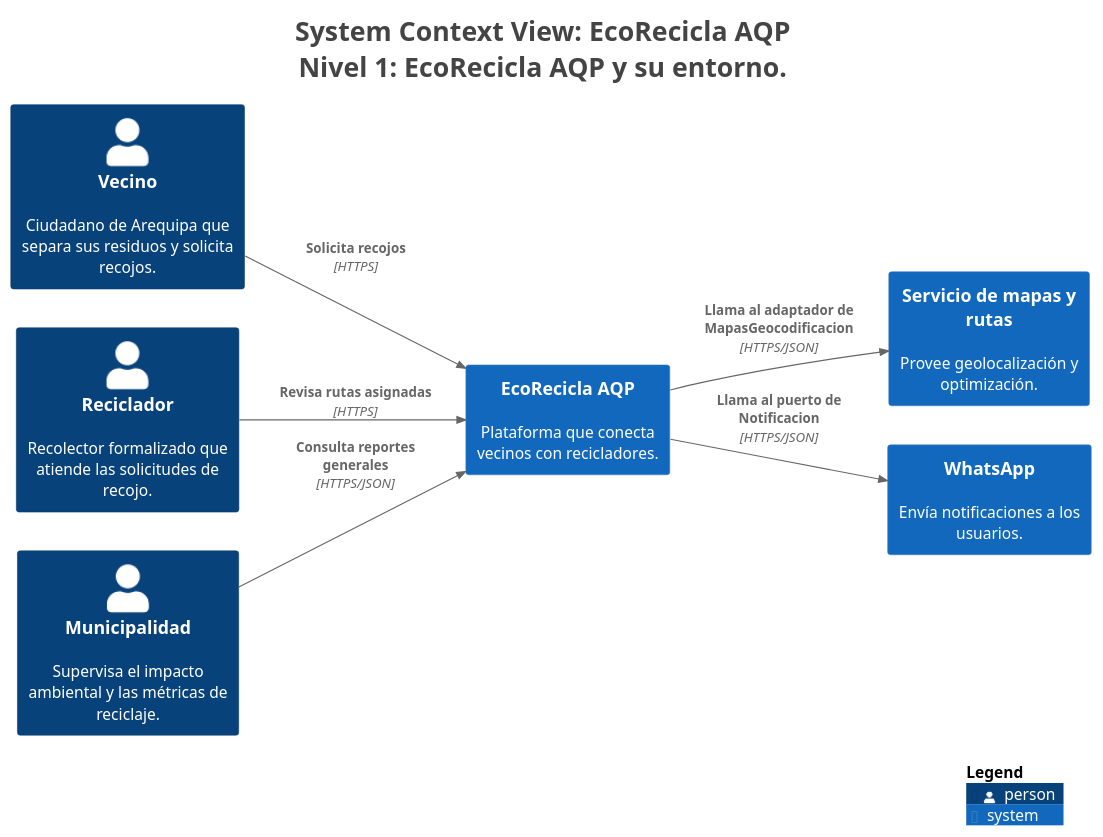
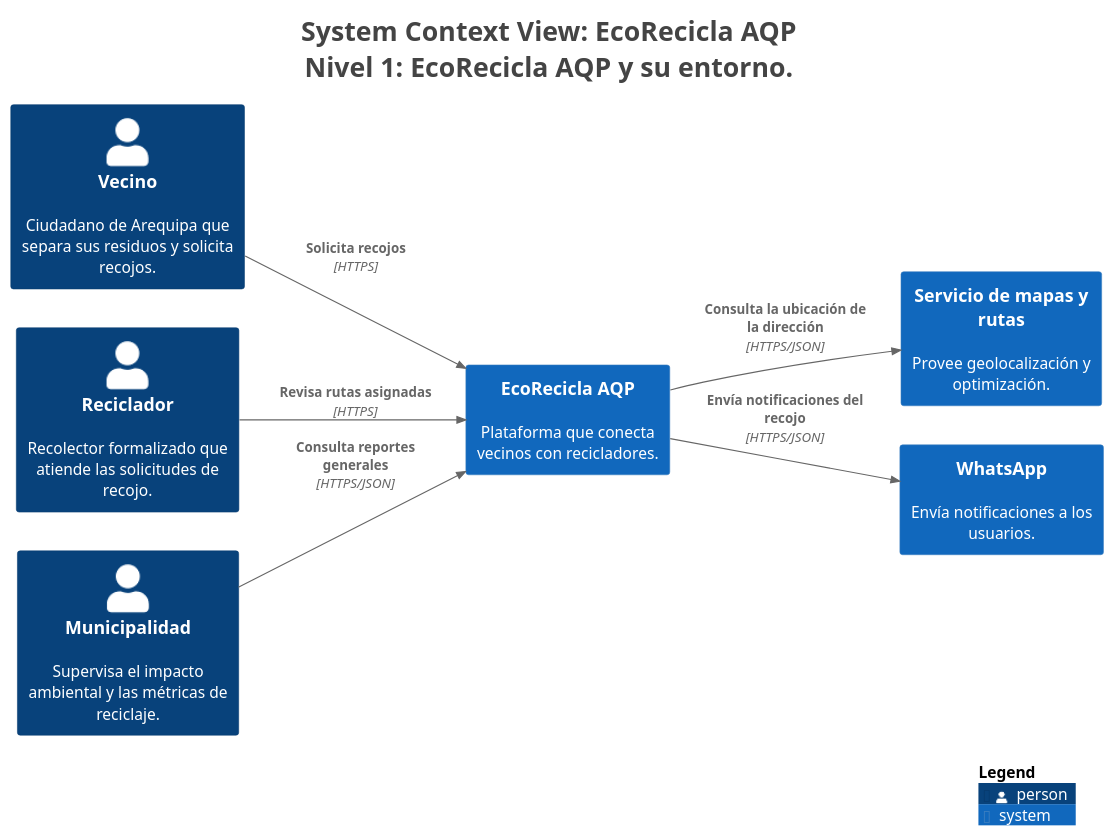
The diagram in docs/architecture/c4/export/structurizr-Contexto.puml (AntonyCondori/cs-2026b-lab04-grupo10), drawn with PlantUML before and after one commit. The commit also changed 9 other files, not shown here.

```diff
--- a/docs/architecture/c4/export/structurizr-Contexto.puml
+++ b/docs/architecture/c4/export/structurizr-Contexto.puml
@@ -1,32 +1,32 @@
 @startuml
 title <size:24>System Context View: EcoRecicla AQP</size>\n<size:24>Nivel 1: EcoRecicla AQP y su entorno.</size>
 
 set separator none
 left to right direction
 
 <style>
   root {
     BackgroundColor: #ffffff
     FontColor: #444444
   }
 </style>
 
 !include <C4/C4>
 !include <C4/C4_Context>
 
 Person(Vecino, "Vecino", $descr="Ciudadano de Arequipa que separa sus residuos y solicita recojos.", $tags="", $link="")
 Person(Reciclador, "Reciclador", $descr="Recolector formalizado que atiende las solicitudes de recojo.", $tags="", $link="")
 Person(Municipalidad, "Municipalidad", $descr="Supervisa el impacto ambiental y las métricas de reciclaje.", $tags="", $link="")
 System(Serviciodemapasyrutas, "Servicio de mapas y rutas", $descr="Provee geolocalización y optimización.", $tags="", $link="")
 System(WhatsApp, "WhatsApp", $descr="Envía notificaciones a los usuarios.", $tags="", $link="")
 System(EcoReciclaAQP, "EcoRecicla AQP", $descr="Plataforma que conecta vecinos con recicladores.", $tags="", $link="")
 
 Rel(Vecino, EcoReciclaAQP, "Solicita recojos", $techn="HTTPS", $tags="", $link="")
 Rel(Reciclador, EcoReciclaAQP, "Revisa rutas asignadas", $techn="HTTPS", $tags="", $link="")
 Rel(Municipalidad, EcoReciclaAQP, "Consulta reportes generales", $techn="HTTPS/JSON", $tags="", $link="")
-Rel(EcoReciclaAQP, Serviciodemapasyrutas, "Llama al adaptador de MapasGeocodificacion", $techn="HTTPS/JSON", $tags="", $link="")
-Rel(EcoReciclaAQP, WhatsApp, "Llama al puerto de Notificacion", $techn="HTTPS/JSON", $tags="", $link="")
+Rel(EcoReciclaAQP, Serviciodemapasyrutas, "Consulta la ubicación de la dirección", $techn="HTTPS/JSON", $tags="", $link="")
+Rel(EcoReciclaAQP, WhatsApp, "Envía notificaciones del recojo", $techn="HTTPS/JSON", $tags="", $link="")
 
 SHOW_LEGEND(true)
 hide stereotypes
 @enduml
```
